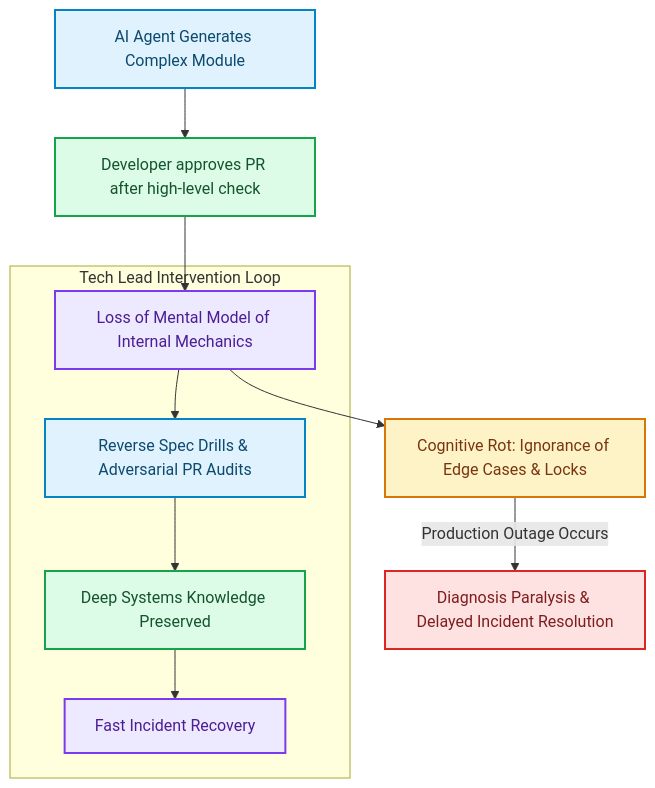
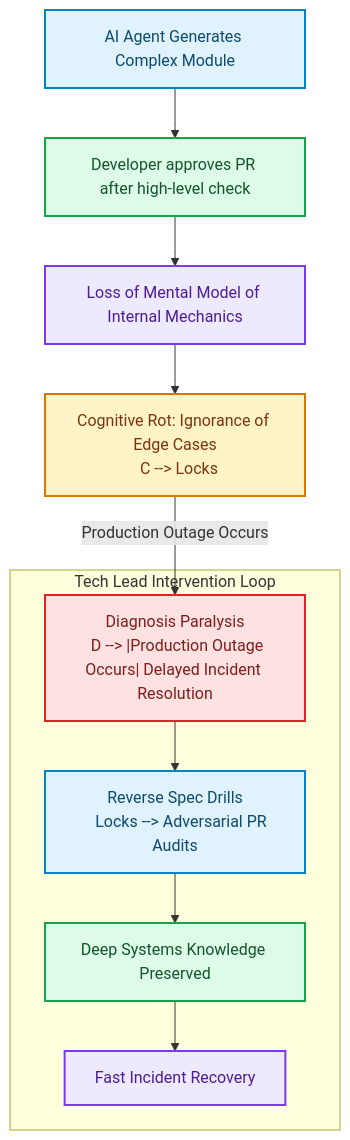
Before and after one commit to akmalkhaniub/akmalkhaniub.github.io: the diagram in blog/posts/tech-lead-combatting-cognitive-rot-deep-systems-knowledge.md, drawn with Mermaid. The commit also changed other lines of this file and 894 other files, not shown here.

Commit message:
feat(blog): upgrade all 444 posts with unique staggered dates, 2-col Mermaid spines, benchmark tables, code blocks, and trade-offs

````diff
--- a/blog/posts/tech-lead-combatting-cognitive-rot-deep-systems-knowledge.md
+++ b/blog/posts/tech-lead-combatting-cognitive-rot-deep-systems-knowledge.md
@@ -15,24 +15,27 @@
 ```mermaid
 flowchart TD
   A["AI Agent Generates Complex Module"] --> B["Developer approves PR after high-level check"]
   B --> C["Loss of Mental Model of Internal Mechanics"]
-  C --> D["Cognitive Rot: Ignorance of Edge Cases & Locks"]
-  D -->|Production Outage Occurs| E["Diagnosis Paralysis & Delayed Incident Resolution"]
+  C --> D["Cognitive Rot: Ignorance of Edge Cases
+  C --> Locks"]
+  D --> |Production Outage Occurs| E["Diagnosis Paralysis
+  D --> |Production Outage Occurs| Delayed Incident Resolution"]
   
   subgraph SG1_TechLeadIntervention ["Tech Lead Intervention Loop"]
-    C --> F["Reverse Spec Drills & Adversarial PR Audits"]
+    E --> F["Reverse Spec Drills
+    Locks --> Adversarial PR Audits"]
     F --> G["Deep Systems Knowledge Preserved"]
     G --> H["Fast Incident Recovery"]
   end
 
 classDef green fill:#dcfce7,stroke:#16a34a,stroke-width:2px,color:#14532d;
 classDef red fill:#fee2e2,stroke:#dc2626,stroke-width:2px,color:#7f1d1d;
 classDef blue fill:#e0f2fe,stroke:#0284c7,stroke-width:2px,color:#0c4a6e;
 classDef yellow fill:#fef3c7,stroke:#d97706,stroke-width:2px,color:#78350f;
 classDef purple fill:#ede9fe,stroke:#7c3aed,stroke-width:2px,color:#4c1d95;
 class A,F blue
 class B,G green
 class C,H purple
 class D yellow
 class E red
 ```
````
